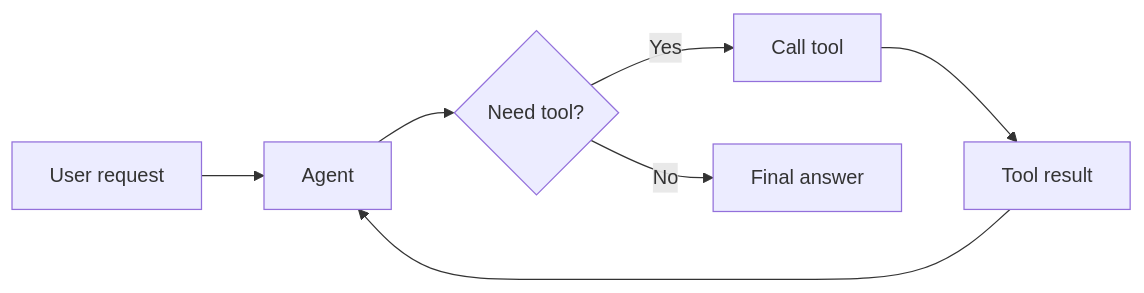
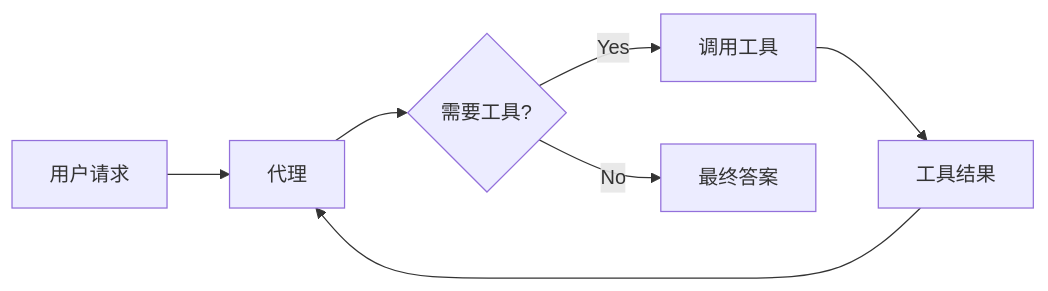
The third of 4 diagrams in oss/python/langchain/component-architecture.mdx (kunfan96/cndocs-langchain), drawn with Mermaid before and after one commit. The commit also changed other lines of this file and 1450 other files, not shown here.

````diff
--- a/oss/python/langchain/component-architecture.mdx
+++ b/oss/python/langchain/component-architecture.mdx
@@ -91,9 +92,9 @@
 ```mermaid
 graph LR
-    A[User request] --> B[Agent]
-    B --> C{Need tool?}
-    C -->|Yes| D[Call tool]
-    D --> E[Tool result]
+    A[用户请求] --> B[代理]
+    B --> C{需要工具?}
+    C -->|Yes| D[调用工具]
+    D --> E[工具结果]
     E --> B
-    C -->|No| F[Final answer]
+    C -->|No| F[最终答案]
 ```
````
